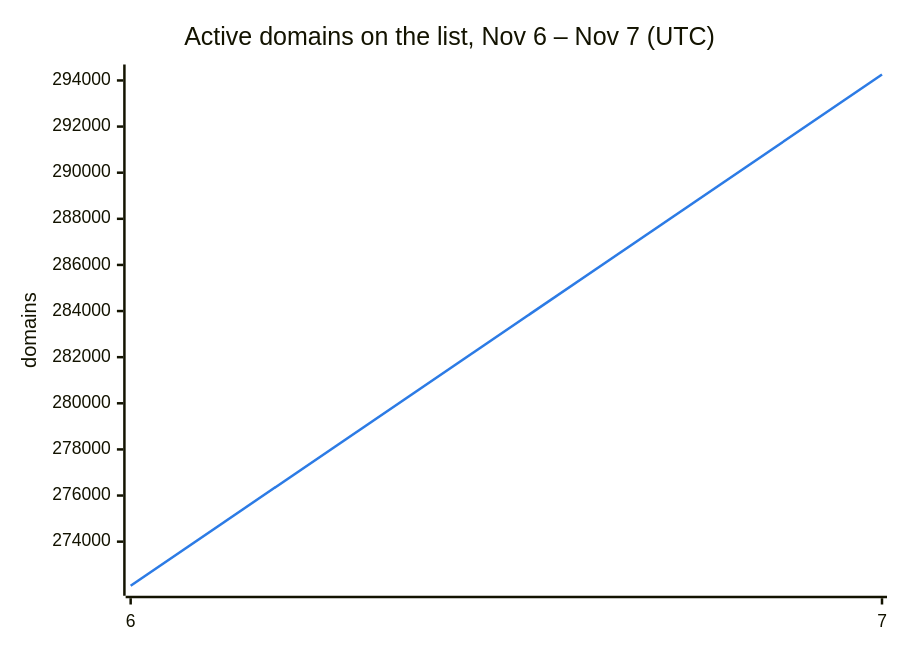
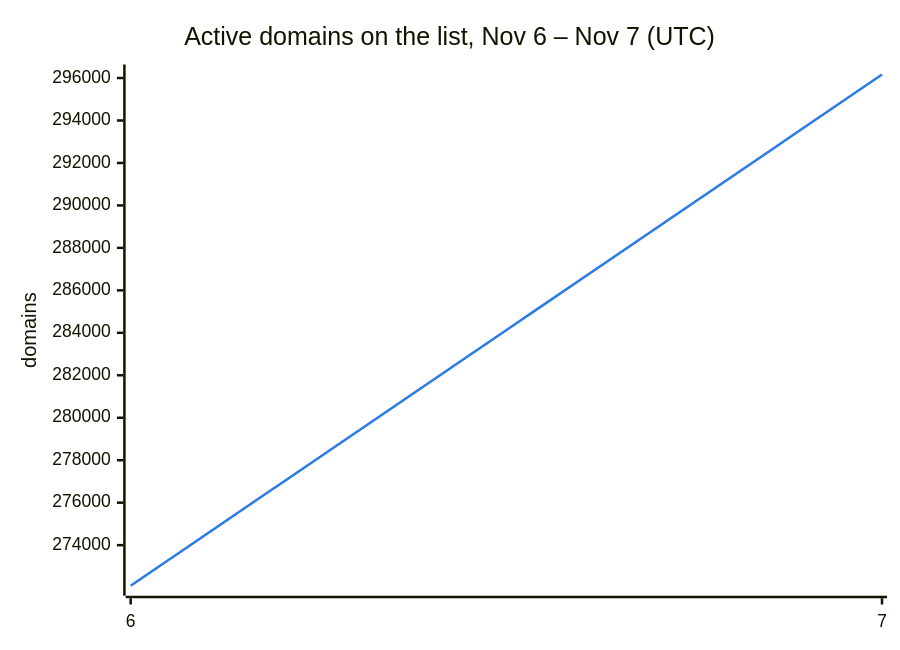
Before and after one commit to DNSBunker/CTI: the second of 3 diagrams in README.md, drawn with Mermaid. The commit also changed other lines of this file and 3 other files, not shown here.

````diff
--- a/README.md
+++ b/README.md
@@ -38,8 +38,8 @@
 ```mermaid
 %%{init: {"themeVariables": {"xyChart": {"plotColorPalette": "#2c7be5"}}}}%%
 xychart-beta
     title "Active domains on the list, Nov 6 – Nov 7 (UTC)"
     x-axis ["6", "7"]
     y-axis "domains"
-    line [272088, 294258]
+    line [272088, 296166]
 ```
````
